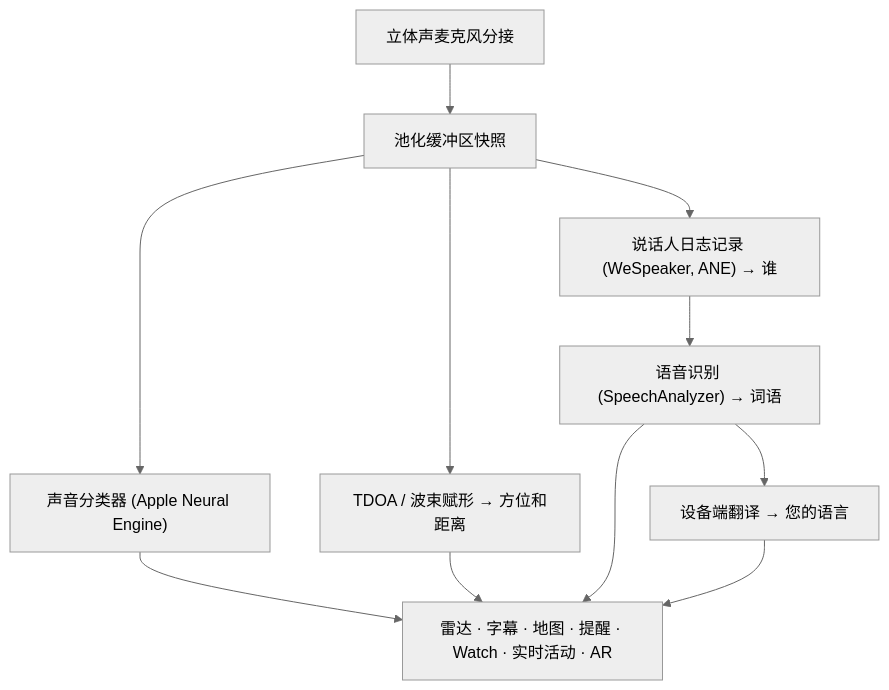
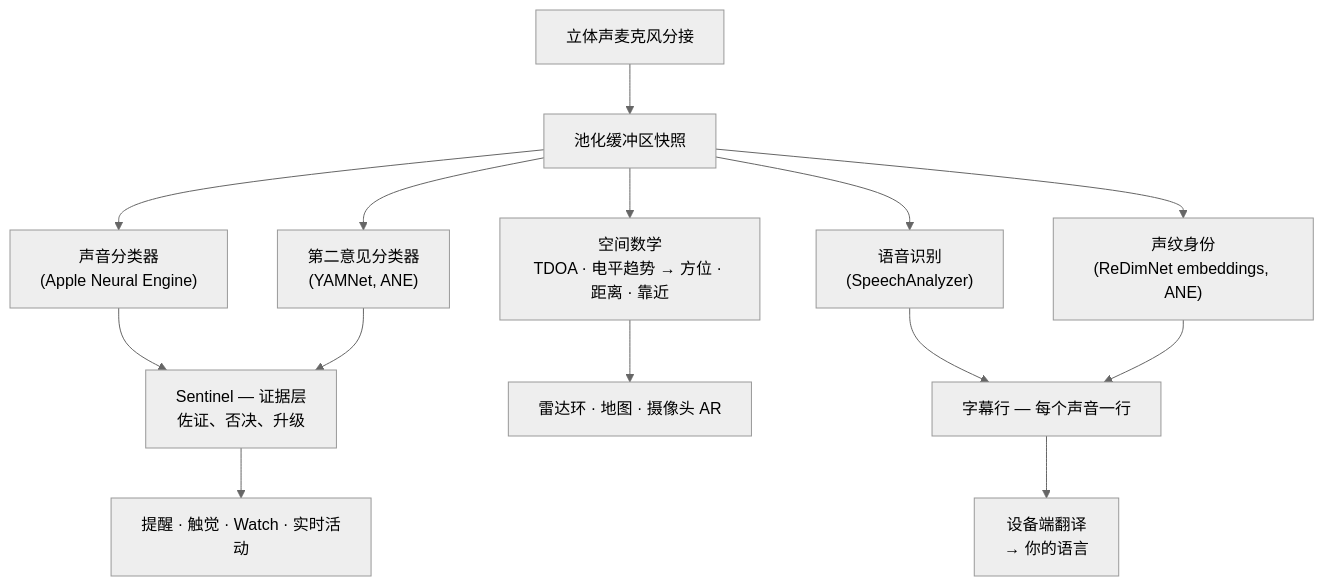
One commit to rpalm01-star/VigilantEarLegal changed the second of 4 diagrams in README_zh-Hans.md. Above: the diagram before and after it, drawn with Mermaid (neutral theme). The commit also changed other lines of this file and 11 other files, not shown here.

````diff
--- a/README_zh-Hans.md
+++ b/README_zh-Hans.md
@@ -113,10 +124,16 @@
 ```mermaid
 graph TD
     A["立体声麦克风分接"] --> B["池化缓冲区快照"]
-    B --> C["声音分类器 (Apple Neural Engine)"]
-    B --> D["TDOA / 波束赋形 → 方位和距离"]
-    B --> E["说话人日志记录 (WeSpeaker, ANE) → 谁"]
-    E --> F["语音识别 (SpeechAnalyzer) → 词语"]
-    F --> G["设备端翻译 → 您的语言"]
-    C & D & F & G --> H["雷达 · 字幕 · 地图 · 提醒 · Watch · 实时活动 · AR"]
+    B --> C["声音分类器<br/>(Apple Neural Engine)"]
+    B --> Y["第二意见分类器<br/>(YAMNet, ANE)"]
+    C --> S["Sentinel — 证据层<br/>佐证、否决、升级"]
+    Y --> S
+    S --> H["提醒 · 触觉 · Watch · 实时活动"]
+    B --> D["空间数学<br/>TDOA · 电平趋势 → 方位 · 距离 · 靠近"]
+    D --> R["雷达环 · 地图 · 摄像头 AR"]
+    B --> F["语音识别<br/>(SpeechAnalyzer)"]
+    B --> E["声纹身份<br/>(ReDimNet embeddings, ANE)"]
+    F --> G["字幕行 — 每个声音一行"]
+    E --> G
+    G --> T["设备端翻译<br/>→ 你的语言"]
 ```
````
